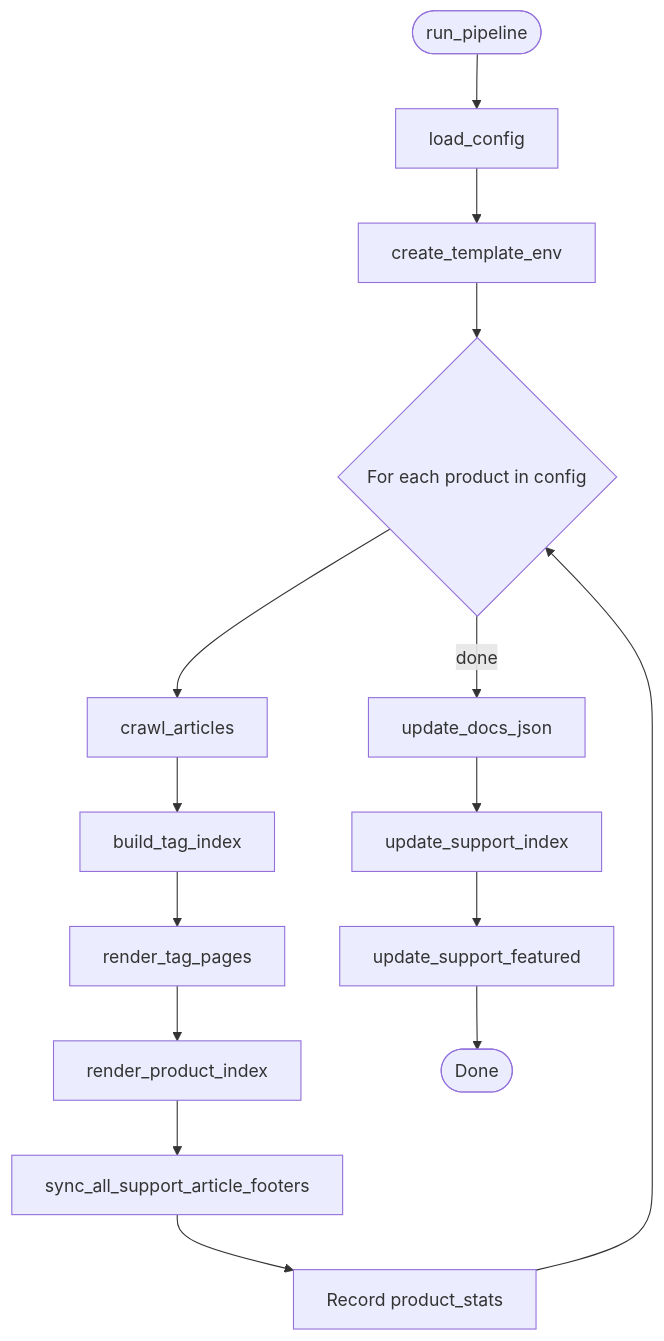
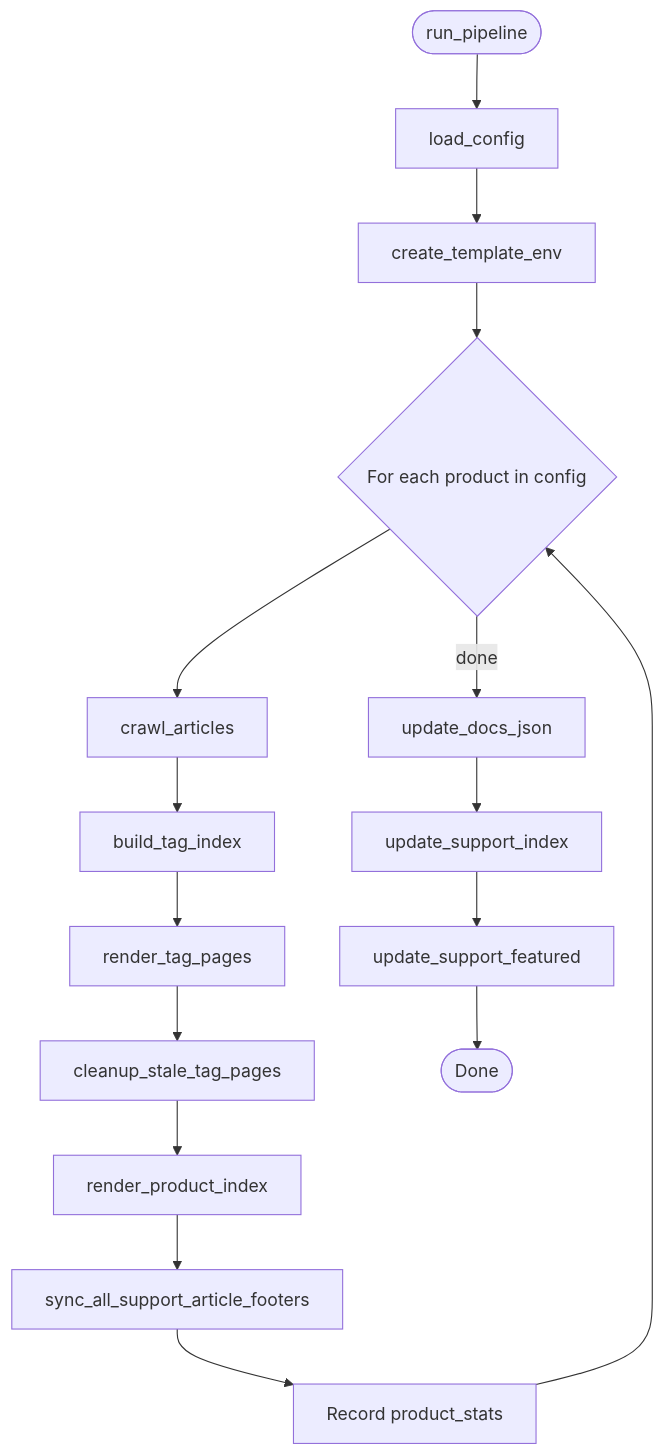
Before and after one commit to wandb/docs: the third of 4 diagrams in scripts/knowledgebase-nav/Architecture.md, drawn with Mermaid. The commit also changed other lines of this file and 24 other files, not shown here.

````diff
--- a/scripts/knowledgebase-nav/Architecture.md
+++ b/scripts/knowledgebase-nav/Architecture.md
@@ -57,17 +57,18 @@
 ```mermaid
 flowchart TD
   START([run_pipeline]) --> LOAD[load_config]
   LOAD --> JINJA[create_template_env]
   JINJA --> LOOP{For each product in config}
   LOOP --> P1[crawl_articles]
   P1 --> P2[build_tag_index]
   P2 --> P3[render_tag_pages]
-  P3 --> P4[render_product_index]
+  P3 --> P3b[cleanup_stale_tag_pages]
+  P3b --> P4[render_product_index]
   P4 --> P5[sync_all_support_article_footers]
   P5 --> P6[Record product_stats]
   P6 --> LOOP
   LOOP -->|done| P7[update_docs_json]
   P7 --> P8[update_support_index]
   P8 --> P9[update_support_featured]
   P9 --> DONE([Done])
 ```
````
